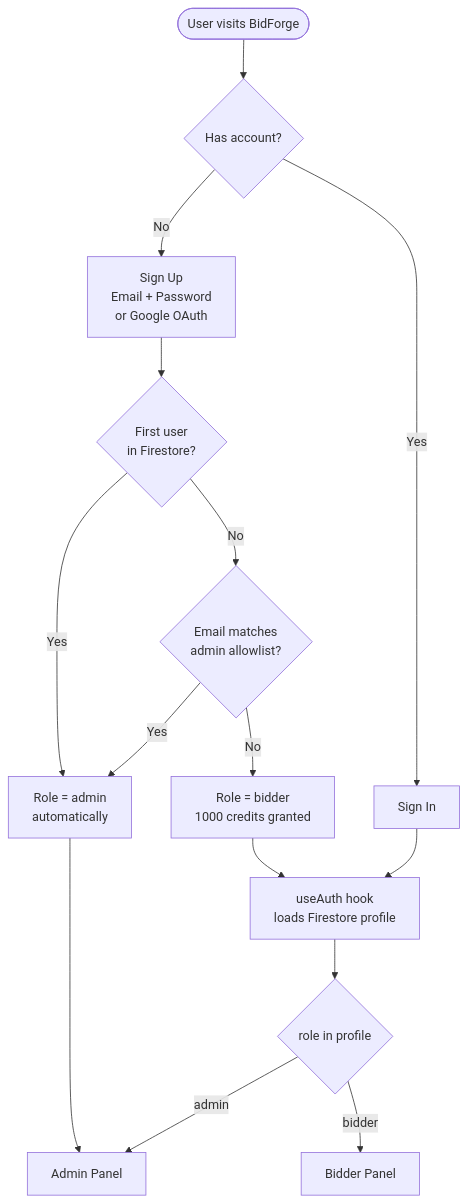
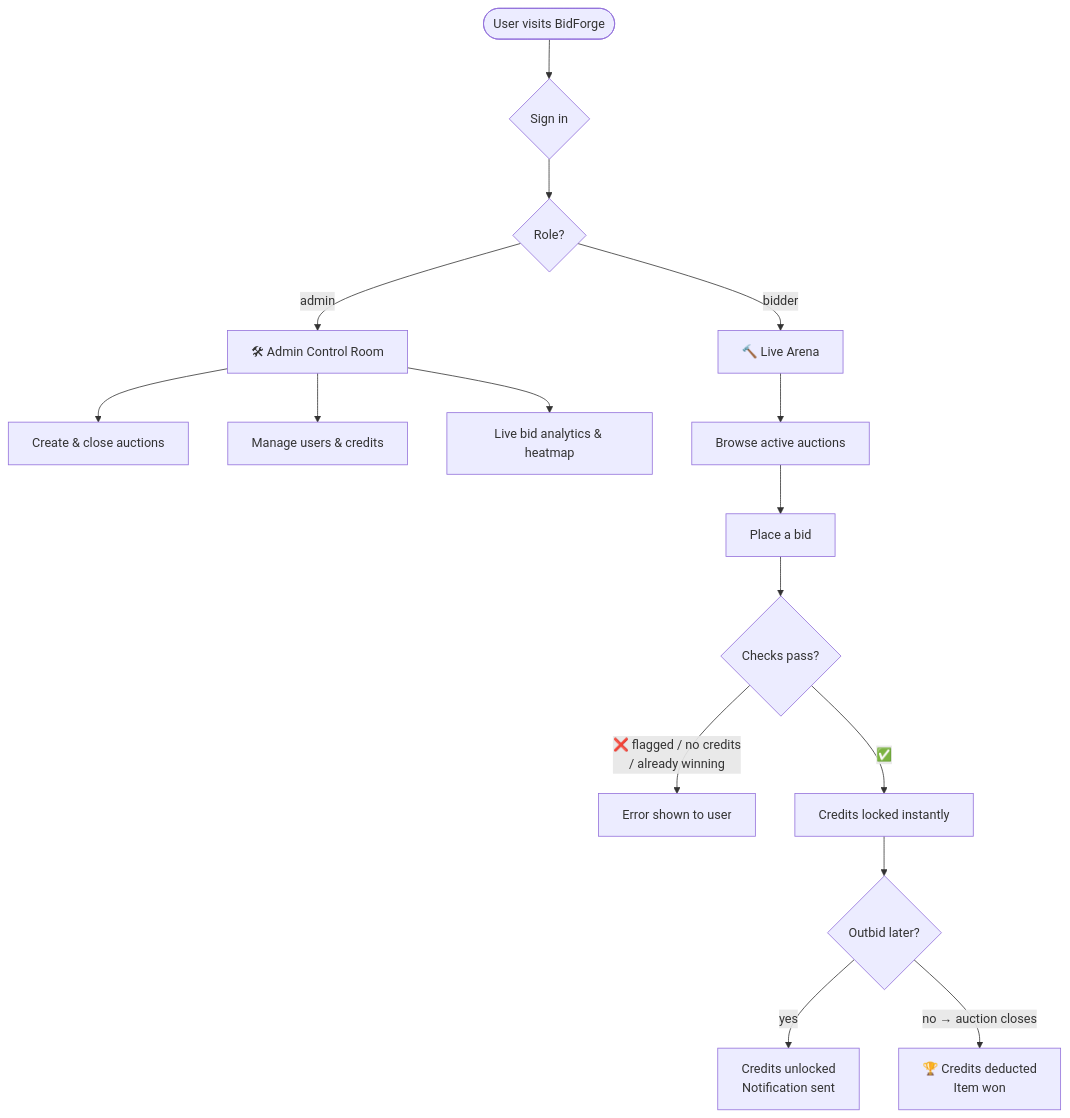
The diagram in README.md (Neon01602/BigForge-AC), drawn with Mermaid before and after one commit. The commit also changed other lines of this file, not shown here.

````diff
--- a/README.md
+++ b/README.md
@@ -67,17 +27,20 @@
 ```mermaid
 flowchart TD
-    A([User visits BidForge]) --> B{Has account?}
-    B -- No --> C[Sign Up\nEmail + Password\nor Google OAuth]
-    B -- Yes --> D[Sign In]
-    C --> E{First user\nin Firestore?}
-    E -- Yes --> F[Role = admin\nautomatically]
-    E -- No --> G{Email matches\nadmin allowlist?}
-    G -- Yes --> F
-    G -- No --> H[Role = bidder\n1000 credits granted]
-    D --> I[useAuth hook\nloads Firestore profile]
-    F --> J[Admin Panel]
-    H --> I
-    I --> K{role in profile}
-    K -- admin --> J
-    K -- bidder --> L[Bidder Panel]
+    A([User visits BidForge]) --> B{Sign in}
+    B --> C{Role?}
+    C -- admin --> D[🛠 Admin Control Room]
+    C -- bidder --> E[🔨 Live Arena]
+
+    D --> D1[Create & close auctions]
+    D --> D2[Manage users & credits]
+    D --> D3[Live bid analytics & heatmap]
+
+    E --> E1[Browse active auctions]
+    E1 --> F[Place a bid]
+    F --> G{Checks pass?}
+    G -- ❌ flagged / no credits\n/ already winning --> H[Error shown to user]
+    G -- ✅ --> I[Credits locked instantly]
+    I --> J{Outbid later?}
+    J -- yes --> K[Credits unlocked\nNotification sent]
+    J -- no → auction closes --> L[🏆 Credits deducted\nItem won]
 ```
````
